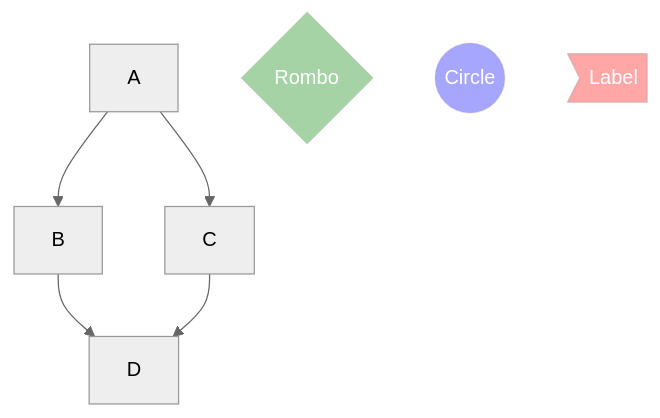
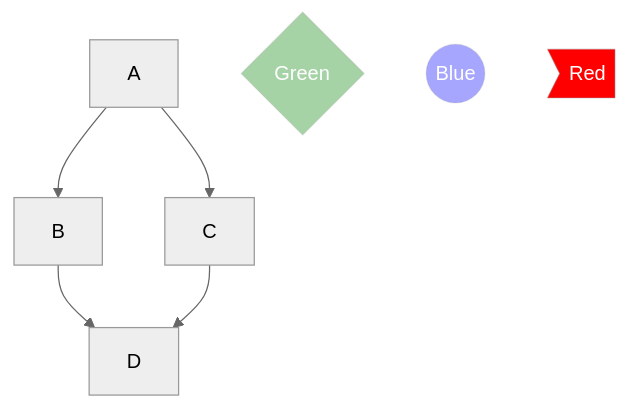
Before and after one commit to danielurra/mermaid: the diagram in README.md, drawn with Mermaid (neutral theme).

````diff
--- a/README.md
+++ b/README.md
@@ -8,14 +8,14 @@
 ```mermaid
   graph TD;
       A-->B;
       A-->C;
       B-->D;
       C-->D;
-      st{Rombo};
-      good((Circle));
-      en>Label];
-      style en fill:red,fill-opacity:0.35,color:#FFFFFF,stroke-opacity:0.2;
+      st{Green};
+      good((Blue));
+      en>Red];
+      style en fill:red,fill-opacity:1,color:#FFFFFF,stroke-opacity:0.2;
       style good fill:blue,fill-opacity:0.35,color:#FFFFFF,stroke-opacity:0.2;
       style st fill:green,fill-opacity:0.35,color:#FFFFFF,stroke-opacity:0.2;
       
 ```
````
